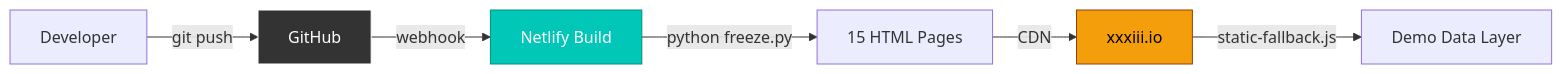
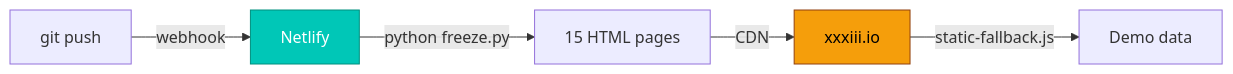
Before and after one commit to unykornai/Helios: diagram 13 of 13 in README.md, drawn with Mermaid. The commit also changed other lines of this file, not shown here.

Commit message:
README v2  Power of 5, 4 state machines, neural lattice, cryptographic addressing, conservation law, RRR covenant, 15 Mermaid diagrams

````diff
--- a/README.md
+++ b/README.md
@@ -659,12 +908,10 @@
 ```mermaid
 flowchart LR
-    A[Developer] -->|git push| B[GitHub]
-    B -->|webhook| C[Netlify Build]
-    C -->|python freeze.py| D[15 HTML Pages]
-    D -->|CDN| E[xxxiii.io]
-    E -->|static-fallback.js| F[Demo Data Layer]
+    A[git push] -->|webhook| B[Netlify]
+    B -->|python freeze.py| C[15 HTML pages]
+    C -->|CDN| D["xxxiii.io"]
+    D -->|static-fallback.js| E[Demo data]
 
-    style B fill:#333,stroke:#fff,color:#fff
-    style C fill:#00C7B7,stroke:#008F7F,color:#fff
-    style E fill:#f59e0b,stroke:#92400e,color:#000
+    style B fill:#00C7B7,stroke:#008F7F,color:#fff
+    style D fill:#f59e0b,stroke:#92400e,color:#000
 ```
````
